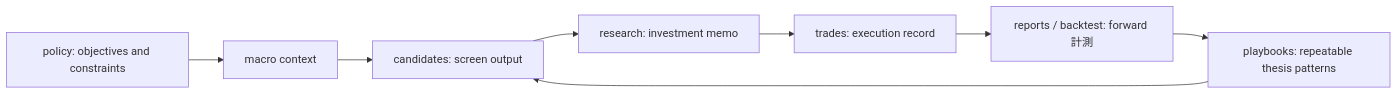
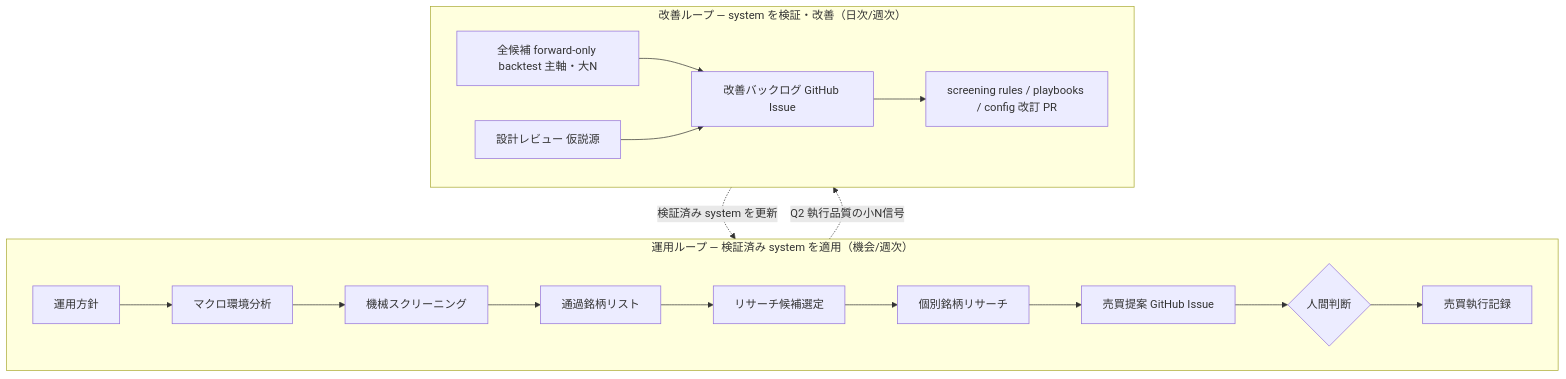
Before and after one commit to koumatsumoto/baibai-loop: the diagram in docs/concepts.md, drawn with Mermaid. The commit also changed other lines of this file and 5 other files, not shown here.

First line of the commit message:
docs: reconstruct model docs to the two-loop architecture (#252)

````diff
--- a/docs/concepts.md
+++ b/docs/concepts.md
@@ -22,10 +22,15 @@
 ```mermaid
-flowchart LR
-  policy["policy: objectives and constraints"] --> macro["macro context"]
-  macro --> candidates["candidates: screen output"]
-  candidates --> research["research: investment memo"]
-  research --> trades["trades: execution record"]
-  trades --> reports["reports / backtest: forward 計測"]
-  reports --> playbooks["playbooks: repeatable thesis patterns"]
-  playbooks --> candidates
+flowchart TB
+  subgraph OP["運用ループ — 検証済み system を適用（機会/週次）"]
+    direction LR
+    policy["運用方針"] --> macro["マクロ環境分析"] --> screen["機械スクリーニング"] --> cand["通過銘柄リスト"] --> select["リサーチ候補選定"] --> research["個別銘柄リサーチ"] --> proposal["売買提案 GitHub Issue"] --> human{"人間判断"} --> trades["売買執行記録"]
+  end
+  subgraph IMP["改善ループ — system を検証・改善（日次/週次）"]
+    direction LR
+    backtest["全候補 forward-only backtest 主軸・大N"] --> backlog["改善バックログ GitHub Issue"]
+    review["設計レビュー 仮説源"] --> backlog
+    backlog --> revise["screening rules / playbooks / config 改訂 PR"]
+  end
+  revise -.検証済み system を更新.-> screen
+  trades -.Q2 執行品質の小N信号.-> backlog
 ```
````
